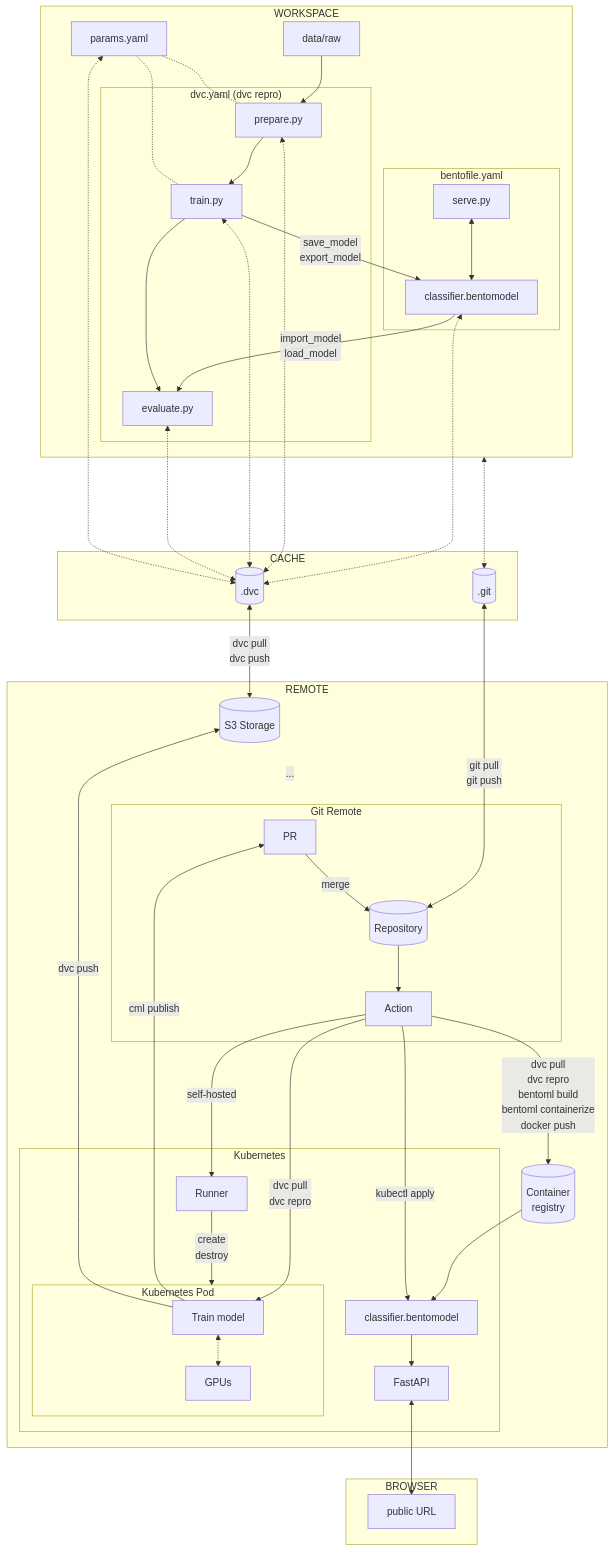
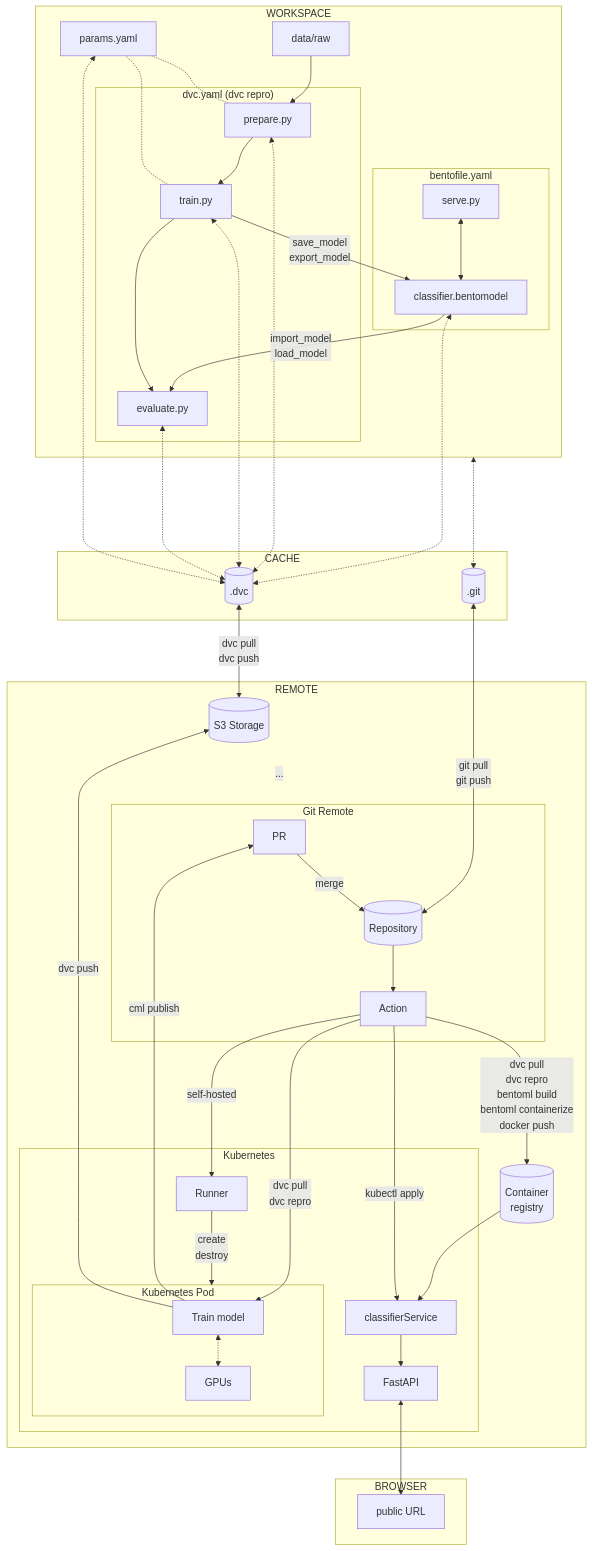
The diagram in docs/part-3-serve-and-deploy/conclusion.md (swiss-ai-center/a-guide-to-mlops), drawn with Mermaid before and after one commit. The commit also changed 8 other files, not shown here.

Commit message:
Normalize mermaid diagram labels for BentoML service (#421)

````diff
--- a/docs/part-3-serve-and-deploy/conclusion.md
+++ b/docs/part-3-serve-and-deploy/conclusion.md
@@ -18,74 +18,74 @@
 ```mermaid
 flowchart TB
     dot_dvc[(.dvc)] <-->|dvc pull
                          dvc push| s3_storage[(S3 Storage)]
     dot_git[(.git)] <-->|git pull
                          git push| repository[(Repository)]
     workspaceGraph <-....-> dot_git
     data[data/raw]
 
     subgraph cacheGraph[CACHE]
         dot_dvc
         dot_git
     end
 
     subgraph workspaceGraph[WORKSPACE]
         bento_model[classifier.bentomodel] <-.-> dot_dvc
         prepare[prepare.py] <-.-> dot_dvc
         train[train.py] <-.-> dot_dvc
         evaluate[evaluate.py] <-.-> dot_dvc
         data --> prepare
         bento_model --> |import_model
                          load_model|evaluate
         train --> |save_model
                    export_model|bento_model
         subgraph dvcGraph["dvc.yaml (dvc repro)"]
             prepare --> train
             train --> evaluate
         end
         params[params.yaml] -.- prepare
         params -.- train
         params <-.-> dot_dvc
         subgraph bentoGraph[bentofile.yaml]
             bento_model
             serve[serve.py] <--> bento_model
         end
     end
 
     subgraph remoteGraph[REMOTE]
         s3_storage
         subgraph gitGraph[Git Remote]
             repository[(Repository)] --> action[Action]
             request[PR] --> |merge|repository
         end
         action --> |dvc pull
                     dvc repro
                     bentoml build
                     bentoml containerize
                     docker push|registry
         s3_storage -.- |...|request
         subgraph clusterGraph[Kubernetes]
             subgraph clusterPodGraph[Kubernetes Pod]
                 pod_train[Train model] <-.-> k8s_gpu[GPUs]
             end
             pod_runner[Runner] --> |create
                                     destroy|clusterPodGraph
             action -->|dvc pull
                        dvc repro| pod_train
-            bento_service_cluster[classifier.bentomodel] --> k8s_fastapi[FastAPI]
+            bento_service_cluster[classifierService] --> k8s_fastapi[FastAPI]
         end
         action --> |self-hosted|pod_runner
         pod_train -->|cml publish| request
         pod_train -->|dvc push| s3_storage
 
         registry[(Container
                   registry)] --> bento_service_cluster
         action --> |kubectl apply|bento_service_cluster
     end
 
     subgraph browserGraph[BROWSER]
         k8s_fastapi <--> publicURL["public URL"]
     end
 
     linkStyle 19 opacity:0.0
 ```
````
